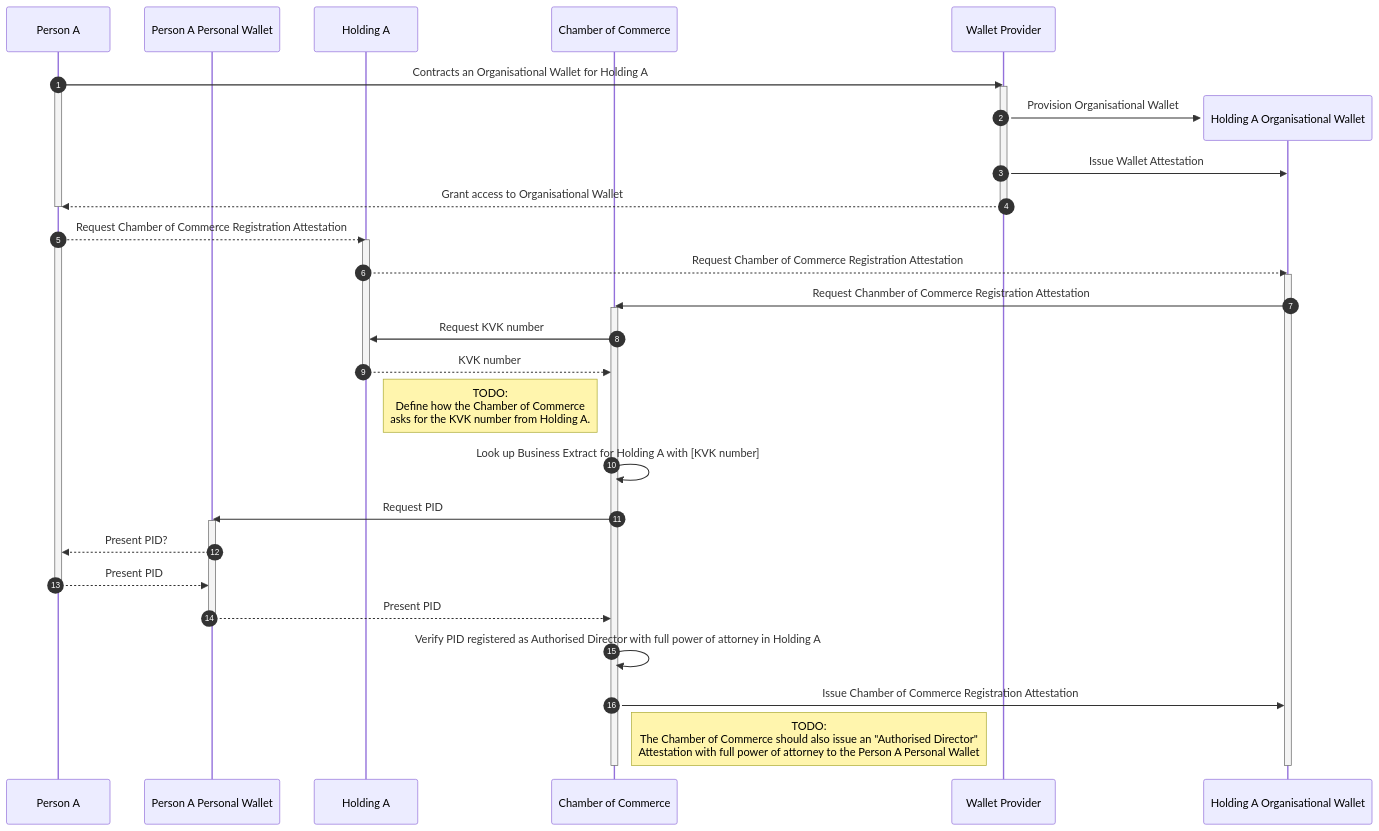
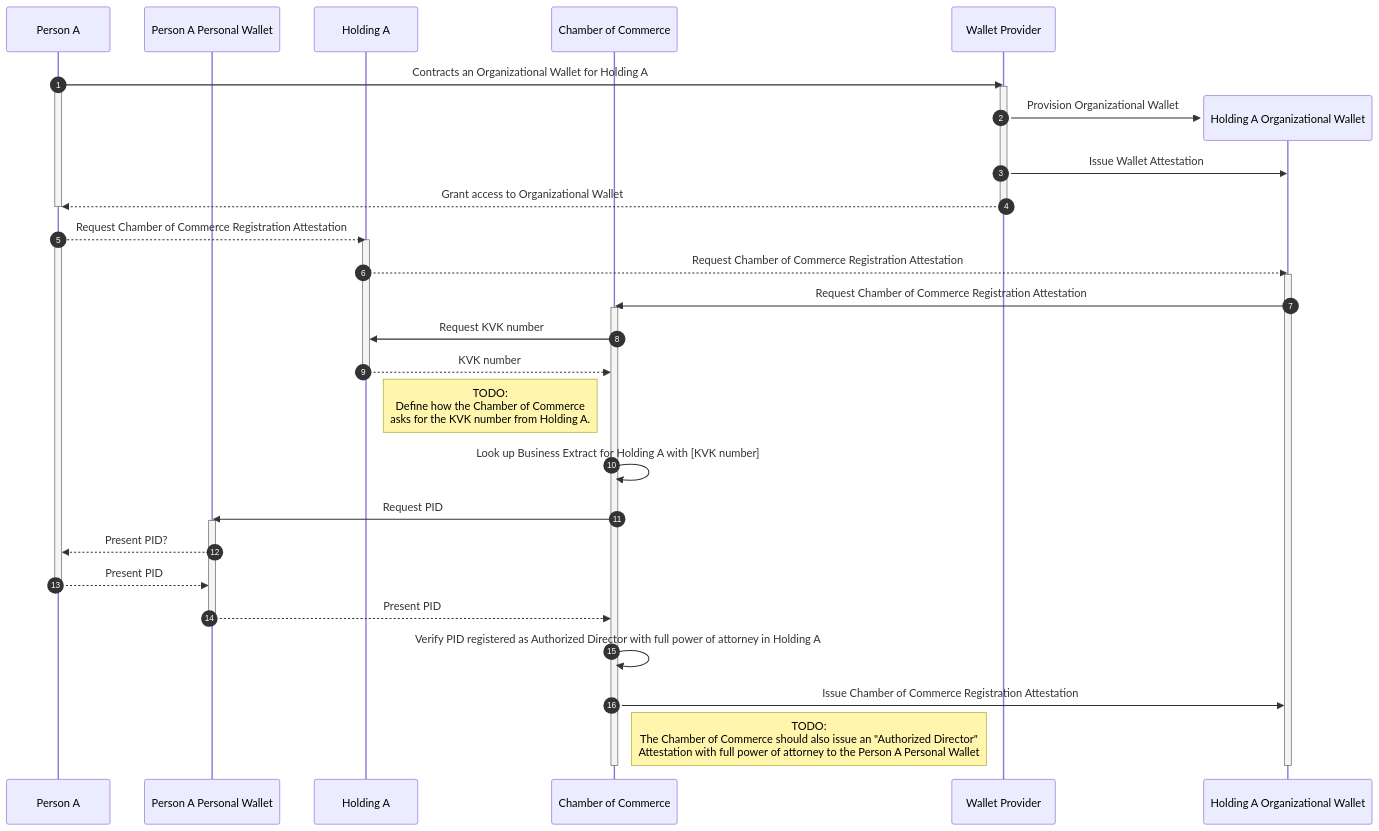
Before and after one commit to FIDEScommunity/CompanyPassport: the second of 3 diagrams in pages/functional/use-cases/founding-a-company.mdx, drawn with Mermaid. The commit also changed other lines of this file and 17 other files, not shown here.

````diff
--- a/pages/functional/use-cases/founding-a-company.mdx
+++ b/pages/functional/use-cases/founding-a-company.mdx
@@ -140,47 +140,47 @@
 ```mermaid
 sequenceDiagram
     autonumber
 
     participant person_a as Person A
     participant person_a_wallet as Person A Personal Wallet
     participant holding_a as Holding A
     participant coc as Chamber of Commerce
     participant wallet_provider as Wallet Provider
 
-    %% Contract Organisational Wallet
-    person_a ->> wallet_provider: Contracts an Organisational Wallet for Holding A
+    %% Contract Organizational Wallet
+    person_a ->> wallet_provider: Contracts an Organizational Wallet for Holding A
     activate person_a
     activate wallet_provider
-    create participant holding_a_wallet as Holding A Organisational Wallet
-    wallet_provider ->> holding_a_wallet: Provision Organisational Wallet
+    create participant holding_a_wallet as Holding A Organizational Wallet
+    wallet_provider ->> holding_a_wallet: Provision Organizational Wallet
     wallet_provider ->> holding_a_wallet: Issue Wallet Attestation
-    wallet_provider -->> person_a: Grant access to Organisational Wallet
+    wallet_provider -->> person_a: Grant access to Organizational Wallet
     deactivate wallet_provider
     deactivate person_a
 
     %% Request Chamber of Commerce Registration Attestation
     person_a -->> holding_a: Request Chamber of Commerce Registration Attestation
     activate holding_a
     activate person_a
     holding_a -->> holding_a_wallet: Request Chamber of Commerce Registration Attestation
     activate holding_a_wallet
-    holding_a_wallet ->> coc: Request Chanmber of Commerce Registration Attestation
+    holding_a_wallet ->> coc: Request Chamber of Commerce Registration Attestation
     activate coc
     coc ->> holding_a: Request KVK number
     holding_a -->> coc: KVK number
     deactivate holding_a
     Note right of holding_a: TODO:<br/>Define how the Chamber of Commerce<br/>asks for the KVK number from Holding A.
     coc ->> coc: Look up Business Extract for Holding A with [KVK number]
     coc ->> person_a_wallet: Request PID
     activate person_a_wallet
     person_a_wallet -->> person_a: Present PID?
     person_a -->> person_a_wallet: Present PID
     deactivate person_a
     person_a_wallet -->> coc: Present PID
     deactivate person_a_wallet
-    coc ->> coc: Verify PID registered as Authorised Director with full power of attorney in Holding A
+    coc ->> coc: Verify PID registered as Authorized Director with full power of attorney in Holding A
     coc ->> holding_a_wallet: Issue Chamber of Commerce Registration Attestation
-    Note right of coc: TODO:<br/>The Chamber of Commerce should also issue an "Authorised Director"<br/>Attestation with full power of attorney to the Person A Personal Wallet
+    Note right of coc: TODO:<br/>The Chamber of Commerce should also issue an "Authorized Director"<br/>Attestation with full power of attorney to the Person A Personal Wallet
     deactivate holding_a_wallet
     deactivate coc
 ```
````
